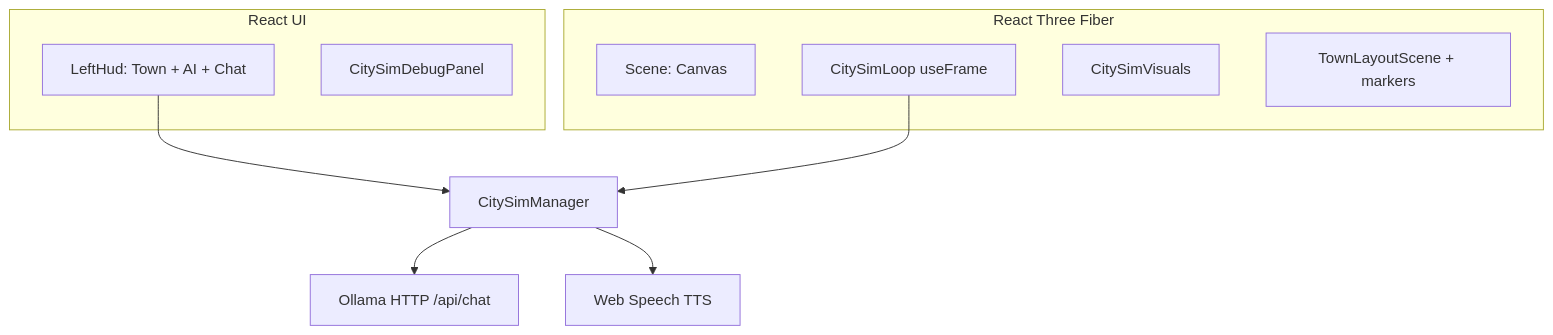
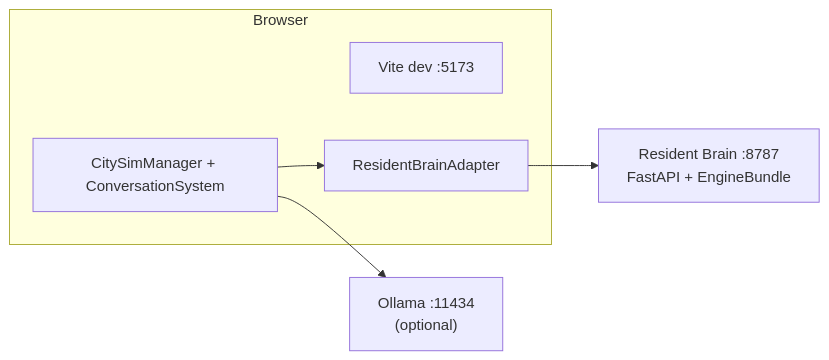
The diagram in README.md (seed0001/AI-City), drawn with Mermaid before and after one commit. The commit also changed other lines of this file, not shown here.

````diff
--- a/README.md
+++ b/README.md
@@ -51,20 +167,13 @@
 ```mermaid
-flowchart TB
-  subgraph UI["React UI"]
-    LeftHud["LeftHud: Town + AI + Chat"]
-    Debug["CitySimDebugPanel"]
+flowchart LR
+  subgraph Browser
+    Vite["Vite dev :5173"]
+    Sim["CitySimManager + ConversationSystem"]
+    Bridge["ResidentBrainAdapter"]
   end
-  subgraph R3F["React Three Fiber"]
-    Scene["Scene: Canvas"]
-    CitySimLoop["CitySimLoop useFrame"]
-    CitySimVisuals["CitySimVisuals"]
-    TownLayout["TownLayoutScene + markers"]
-  end
-  Manager["CitySimManager"]
-  Ollama["Ollama HTTP /api/chat"]
-  TTS["Web Speech TTS"]
-  LeftHud --> Manager
-  CitySimLoop --> Manager
-  Manager --> Ollama
-  Manager --> TTS
+  Brain["Resident Brain :8787\nFastAPI + EngineBundle"]
+  Ollama["Ollama :11434\n(optional)"]
+  Sim --> Bridge
+  Bridge --> Brain
+  Sim --> Ollama
 ```
````
